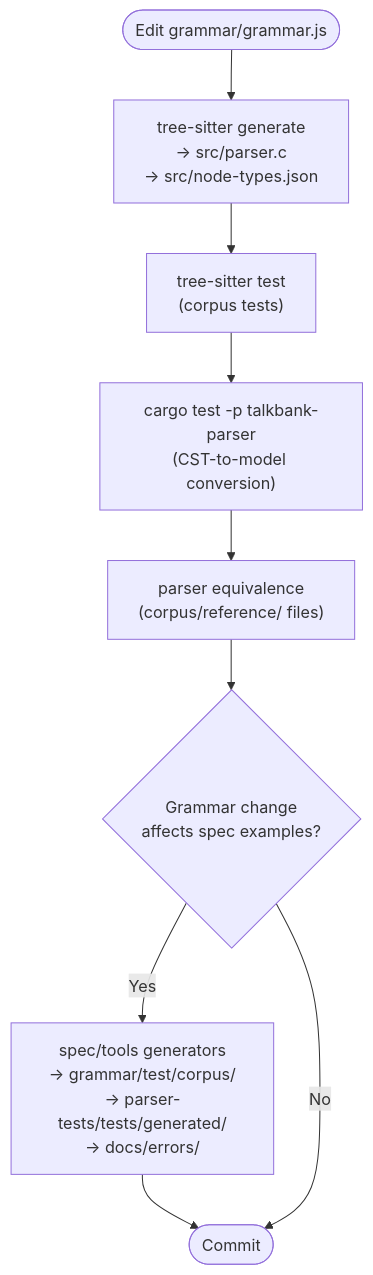
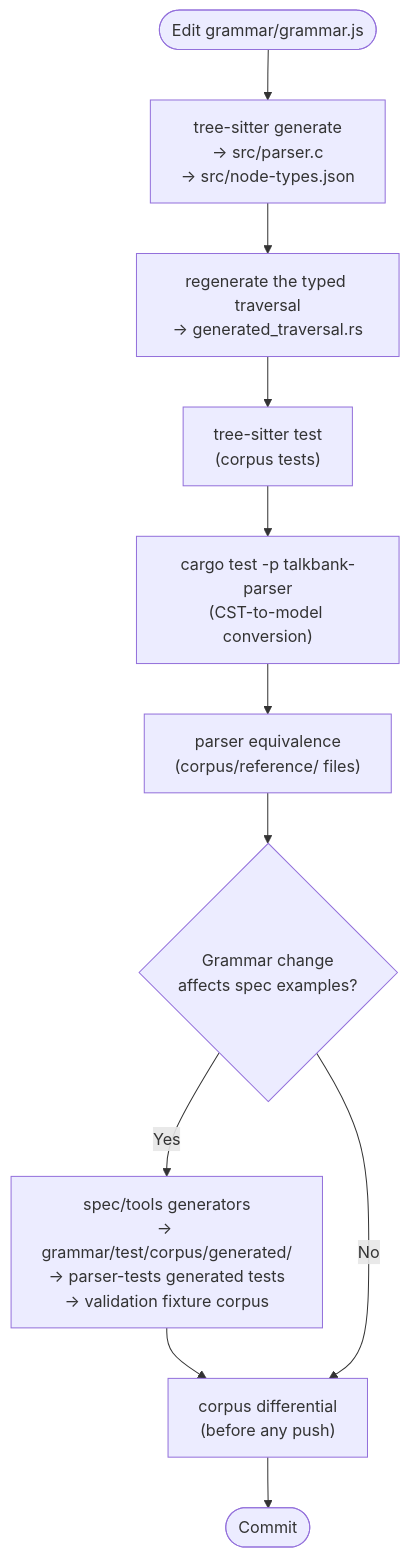
One commit to TalkBank/chatter changed the diagram in book/src/contributing/grammar-workflow.md. Above: the diagram before and after it, drawn with Mermaid. The commit also changed other lines of this file and 414 other files, not shown here.

````diff
--- a/book/src/contributing/grammar-workflow.md
+++ b/book/src/contributing/grammar-workflow.md
@@ -11,15 +11,18 @@
 ```mermaid
 flowchart TD
     edit(["Edit grammar/grammar.js"])
     generate["tree-sitter generate\n→ src/parser.c\n→ src/node-types.json"]
+    traversal["regenerate the typed traversal\n→ generated_traversal.rs"]
     grammar_test["tree-sitter test\n(corpus tests)"]
     rust_test["cargo test -p talkbank-parser\n(CST-to-model conversion)"]
     equiv["parser equivalence\n(corpus/reference/ files)"]
     spec_check{"Grammar change\naffects spec examples?"}
-    test_gen["spec/tools generators\n→ grammar/test/corpus/\n→ parser-tests/tests/generated/\n→ docs/errors/"]
+    test_gen["spec/tools generators\n→ grammar/test/corpus/generated/\n→ parser-tests generated tests\n→ validation fixture corpus"]
+    differential["corpus differential\n(before any push)"]
     commit(["Commit"])
 
-    edit --> generate --> grammar_test --> rust_test --> equiv --> spec_check
-    spec_check -->|Yes| test_gen --> commit
-    spec_check -->|No| commit
+    edit --> generate --> traversal --> grammar_test --> rust_test --> equiv --> spec_check
+    spec_check -->|Yes| test_gen --> differential
+    spec_check -->|No| differential
+    differential --> commit
 ```
````
